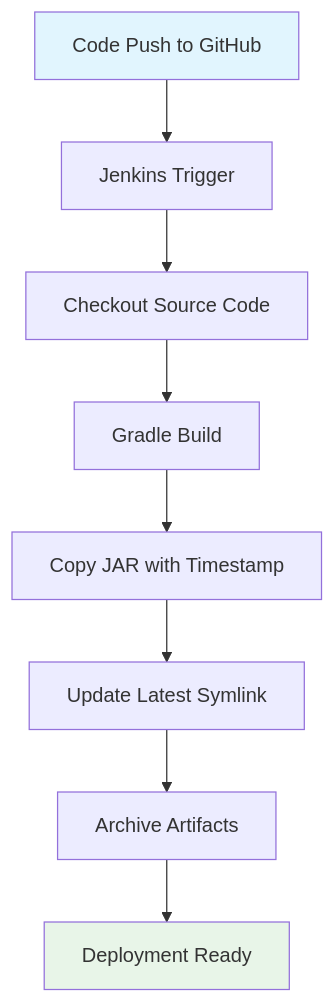
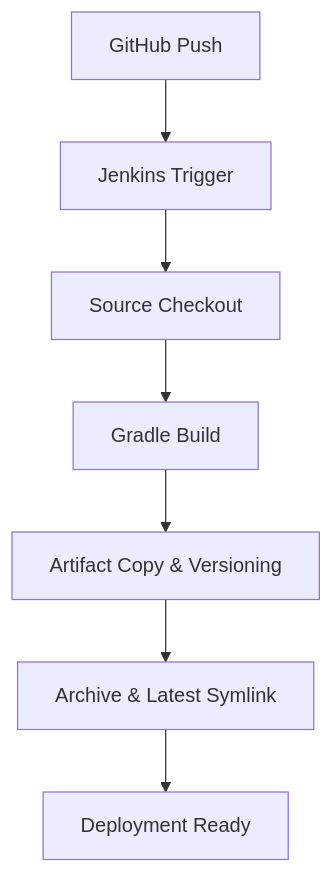
The diagram in README.md (yunkihong-dev/CI-CD-Study), drawn with Mermaid before and after one commit. The commit also changed other lines of this file, not shown here.

````diff
--- a/README.md
+++ b/README.md
@@ -208,13 +248,10 @@
 ```mermaid
 graph TD
-    A[Code Push to GitHub] --> B[Jenkins Trigger]
-    B --> C[Checkout Source Code]
+    A[GitHub Push] --> B[Jenkins Trigger]
+    B --> C[Source Checkout]
     C --> D[Gradle Build]
-    D --> E[Copy JAR with Timestamp]
-    E --> F[Update Latest Symlink]
-    F --> G[Archive Artifacts]
-    G --> H[Deployment Ready]
-    
-    style A fill:#e1f5fe
-    style H fill:#e8f5e8
+    D --> E[Artifact Copy & Versioning]
+    E --> F[Archive & Latest Symlink]
+    F --> G[Deployment Ready]
+
 ```
````
